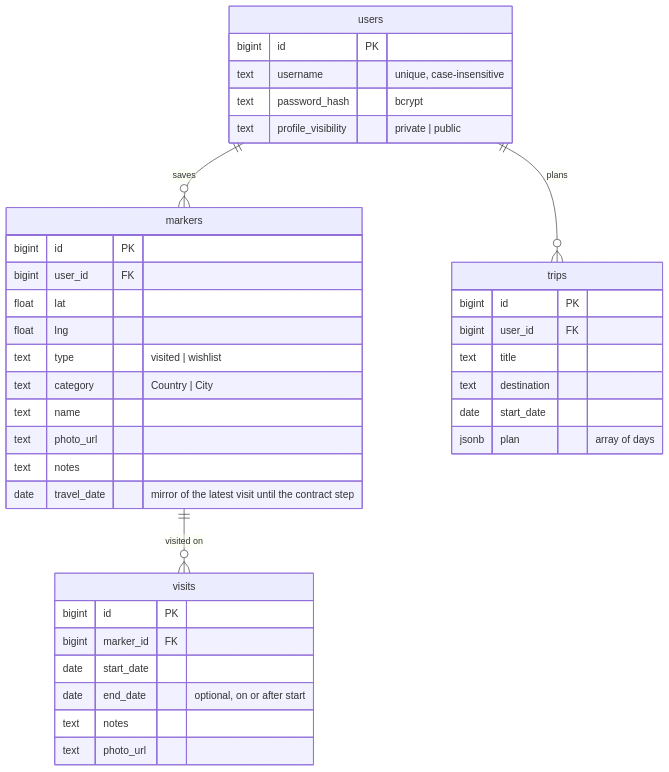
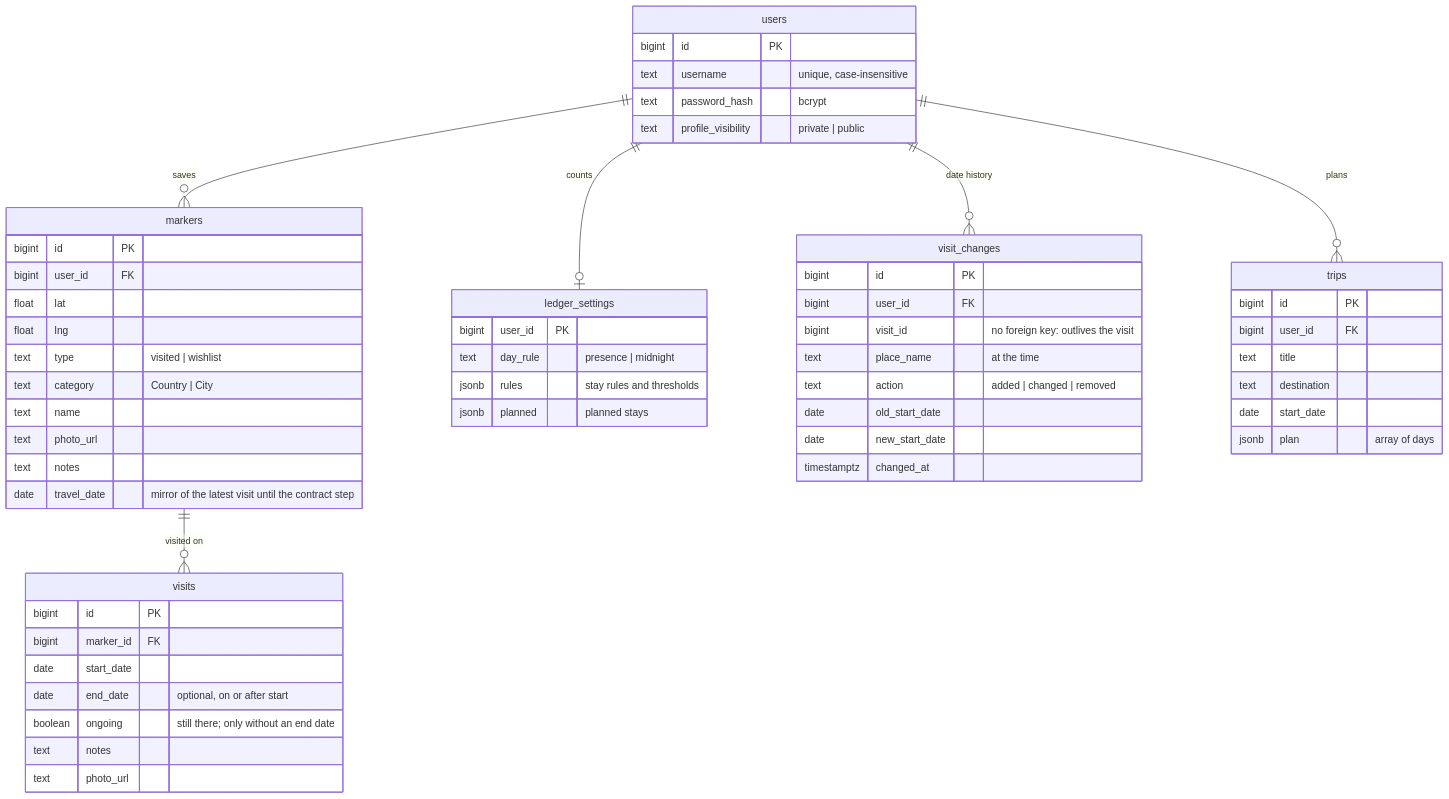
Before and after one commit to chefzaid/travelmapster: the diagram in docs/data-model.md, drawn with Mermaid. The commit also changed other lines of this file and 28 other files, not shown here.

First line of the commit message:
Count travel days per country in a day ledger with Schengen, visa and tax limits

````diff
--- a/docs/data-model.md
+++ b/docs/data-model.md
@@ -8,40 +8,59 @@
 ```mermaid
 erDiagram
     users ||--o{ markers : saves
     markers ||--o{ visits : "visited on"
+    users ||--o| ledger_settings : counts
+    users ||--o{ visit_changes : "date history"
     users ||--o{ trips : plans
     users {
         bigint id PK
         text username "unique, case-insensitive"
         text password_hash "bcrypt"
         text profile_visibility "private | public"
     }
     markers {
         bigint id PK
         bigint user_id FK
         float lat
         float lng
         text type "visited | wishlist"
         text category "Country | City"
         text name
         text photo_url
         text notes
         date travel_date "mirror of the latest visit until the contract step"
     }
     visits {
         bigint id PK
         bigint marker_id FK
         date start_date
         date end_date "optional, on or after start"
+        boolean ongoing "still there; only without an end date"
         text notes
         text photo_url
+    }
+    ledger_settings {
+        bigint user_id PK
+        text day_rule "presence | midnight"
+        jsonb rules "stay rules and thresholds"
+        jsonb planned "planned stays"
+    }
+    visit_changes {
+        bigint id PK
+        bigint user_id FK
+        bigint visit_id "no foreign key: outlives the visit"
+        text place_name "at the time"
+        text action "added | changed | removed"
+        date old_start_date
+        date new_start_date
+        timestamptz changed_at
     }
     trips {
         bigint id PK
         bigint user_id FK
         text title
         text destination
         date start_date
         jsonb plan "array of days"
     }
 ```
````
